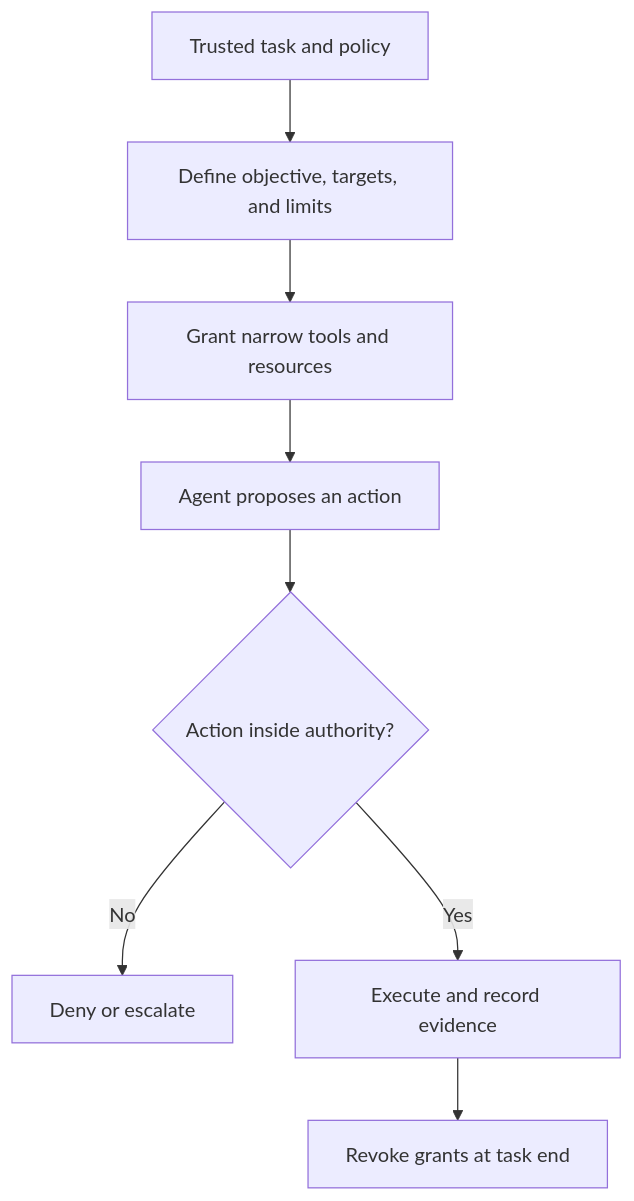
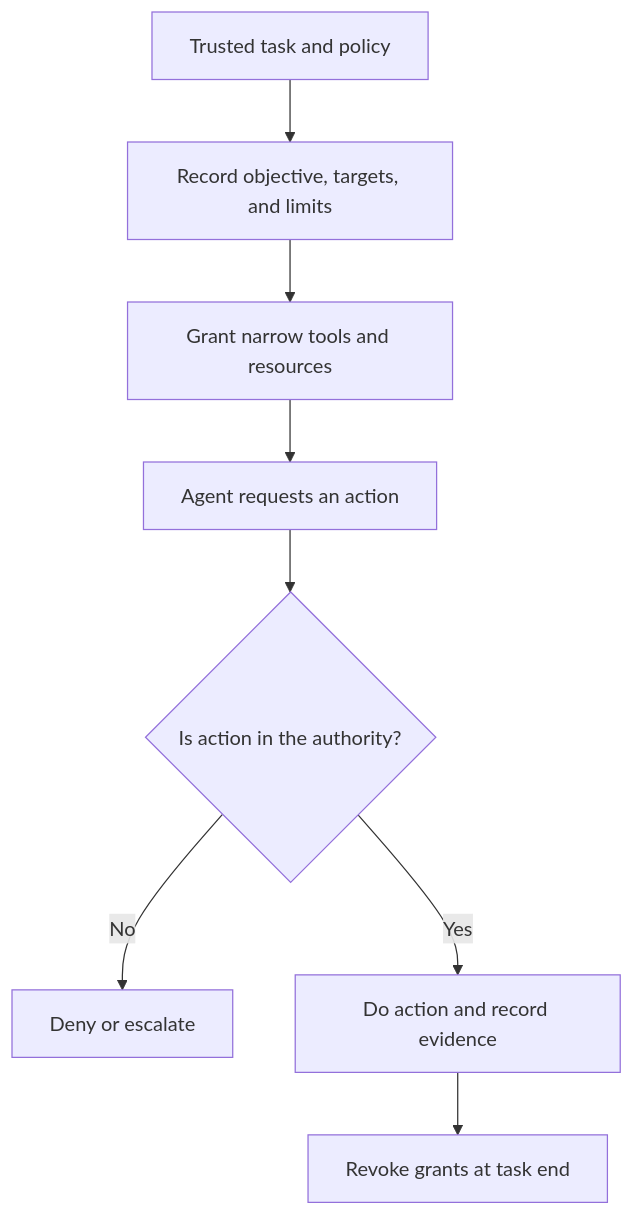
Before and after one commit to HomericIntelligence/Athena: the diagram in docs/principles/details/p058-bounded-agent-authority.md, drawn with Mermaid. The commit also changed other lines of this file and 91 other files, not shown here.

````diff
--- a/docs/principles/details/p058-bounded-agent-authority.md
+++ b/docs/principles/details/p058-bounded-agent-authority.md
@@ -37,10 +43,10 @@
 ```mermaid
 flowchart TD
-    A["Trusted task and policy"] --> B["Define objective, targets, and limits"]
+    A["Trusted task and policy"] --> B["Record objective, targets, and limits"]
     B --> C["Grant narrow tools and resources"]
-    C --> D["Agent proposes an action"]
-    D --> E{"Action inside authority?"}
+    C --> D["Agent requests an action"]
+    D --> E{"Is action in the authority?"}
     E -- "No" --> F["Deny or escalate"]
-    E -- "Yes" --> G["Execute and record evidence"]
+    E -- "Yes" --> G["Do action and record evidence"]
     G --> H["Revoke grants at task end"]
 ```
````
